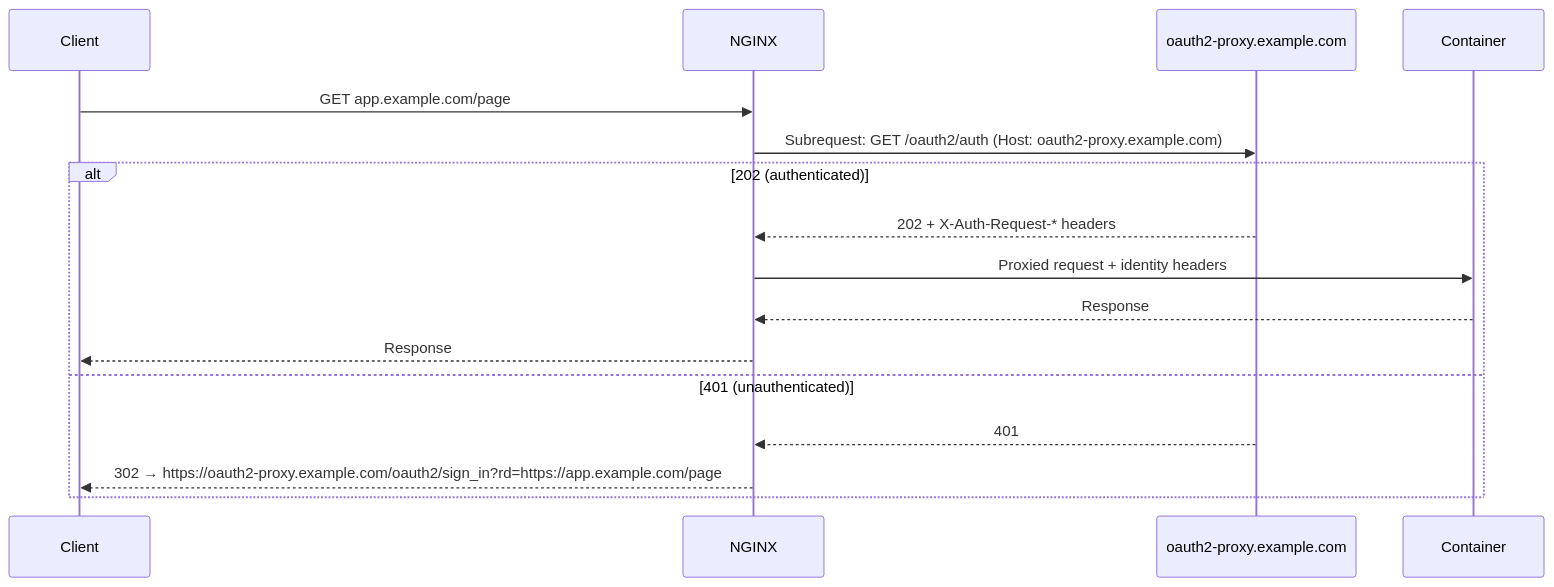
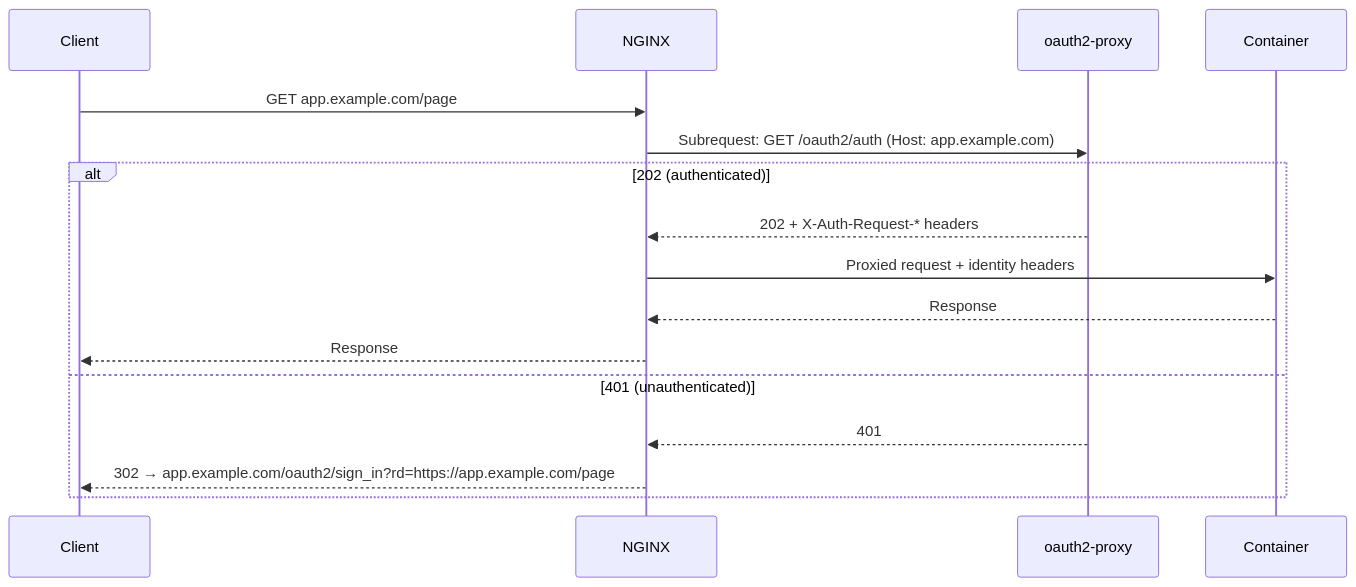
The fifth of 5 diagrams in mie-opensource-landing/docs/developers/system-architecture.md (mieweb/opensource-server), drawn with Mermaid before and after one commit. The commit also changed other lines of this file and 6 other files, not shown here.

First line of the commit message:
Proxy /oauth2/* to oauth2-proxy in a single hop

````diff
--- a/mie-opensource-landing/docs/developers/system-architecture.md
+++ b/mie-opensource-landing/docs/developers/system-architecture.md
@@ -153,19 +153,19 @@
 ```mermaid
 sequenceDiagram
     participant Client
     participant NGINX
-    participant OAuth2Proxy as oauth2-proxy.example.com
+    participant OAuth2Proxy as oauth2-proxy
     participant Container
 
     Client->>NGINX: GET app.example.com/page
-    NGINX->>OAuth2Proxy: Subrequest: GET /oauth2/auth (Host: oauth2-proxy.example.com)
+    NGINX->>OAuth2Proxy: Subrequest: GET /oauth2/auth (Host: app.example.com)
     alt 202 (authenticated)
         OAuth2Proxy-->>NGINX: 202 + X-Auth-Request-* headers
         NGINX->>Container: Proxied request + identity headers
         Container-->>NGINX: Response
         NGINX-->>Client: Response
     else 401 (unauthenticated)
         OAuth2Proxy-->>NGINX: 401
-        NGINX-->>Client: 302 → https://oauth2-proxy.example.com/oauth2/sign_in?rd=https://app.example.com/page
+        NGINX-->>Client: 302 → app.example.com/oauth2/sign_in?rd=https://app.example.com/page
     end
 ```
````
